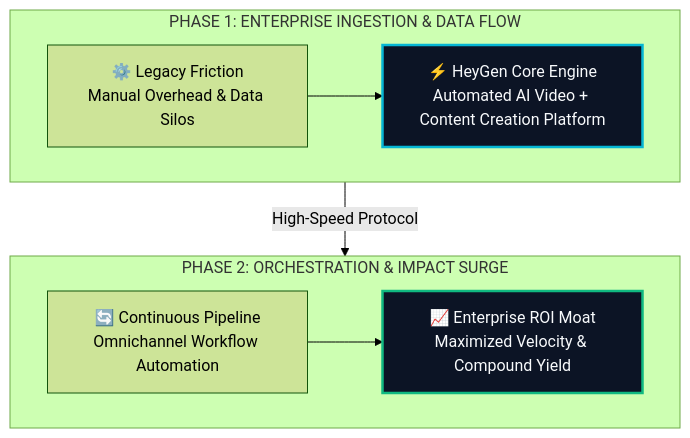
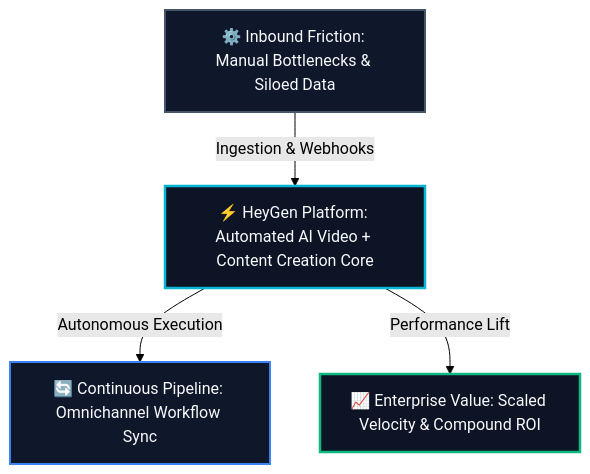
Before and after one commit to heliatech-media/saas-radar: the diagram in site/src/content/blog/heygen-evolution-guide-2026.md, drawn with Mermaid (forest theme). The commit also changed 93 other files, not shown here.

First line of the commit message:
fix(diagrams): resolve dagre-d3 subgraph collision by migrating to balanced 3-tier Hub & Spoke architecture

````diff
--- a/site/src/content/blog/heygen-evolution-guide-2026.md
+++ b/site/src/content/blog/heygen-evolution-guide-2026.md
@@ -55,14 +55,14 @@
 ```mermaid
 flowchart TD
-    subgraph S1["PHASE 1: ENTERPRISE INGESTION & DATA FLOW"]
-        direction LR
-        A["⚙️ Legacy Friction<br/>Manual Overhead & Data Silos"] --> B["⚡ HeyGen Core Engine<br/>Automated AI Video + Content Creation Platform"]
-    end
-    subgraph S2["PHASE 2: ORCHESTRATION & IMPACT SURGE"]
-        direction LR
-        C["🔄 Continuous Pipeline<br/>Omnichannel Workflow Automation"] --> D["📈 Enterprise ROI Moat<br/>Maximized Velocity & Compound Yield"]
-    end
-    S1 -->|High-Speed Protocol| S2
-    style B fill:#0c1425,stroke:#06b6d4,stroke-width:2.5px,color:#f8fafc
-    style D fill:#0c1425,stroke:#10b981,stroke-width:2.5px,color:#f8fafc
+    Inp["⚙️ Inbound Friction: Manual Bottlenecks & Siloed Data"]
+    Eng["⚡ HeyGen Platform: Automated AI Video + Content Creation Core"]
+    Out1["🔄 Continuous Pipeline: Omnichannel Workflow Sync"]
+    Out2["📈 Enterprise Value: Scaled Velocity & Compound ROI"]
+    Inp -->|Ingestion & Webhooks| Eng
+    Eng -->|Autonomous Execution| Out1
+    Eng -->|Performance Lift| Out2
+    style Inp fill:#0f172a,stroke:#475569,stroke-width:2px,color:#f8fafc
+    style Eng fill:#0c1425,stroke:#06b6d4,stroke-width:2.5px,color:#f8fafc
+    style Out1 fill:#0f172a,stroke:#3b82f6,stroke-width:2px,color:#f8fafc
+    style Out2 fill:#0c1425,stroke:#10b981,stroke-width:2.5px,color:#f8fafc
 ```
````
